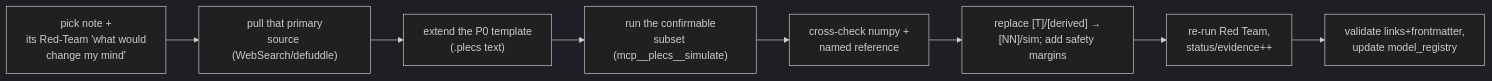
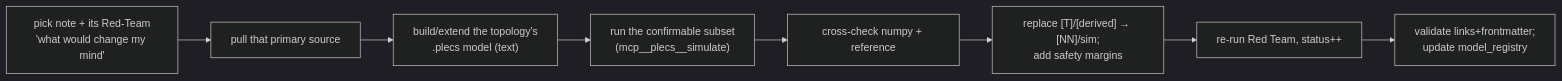
One commit to poetandsinger/SRTP_PowerElectronicsAI changed the first of 2 diagrams in srtp_docs/plans/depth-research-plan.md. Above: the diagram before and after it, drawn with Mermaid (dark theme). The commit also changed other lines of this file and 18 other files, not shown here.

````diff
--- a/srtp_docs/plans/depth-research-plan.md
+++ b/srtp_docs/plans/depth-research-plan.md
@@ -54,10 +70,10 @@
 ```mermaid
 flowchart LR
-    A["pick note +<br/>its Red-Team 'what would<br/>change my mind'"] --> B["pull that primary<br/>source (WebSearch/defuddle)"]
-    B --> C["extend the P0 template<br/>(.plecs text)"]
-    C --> D["run the confirmable<br/>subset (mcp__plecs__simulate)"]
-    D --> E["cross-check numpy +<br/>named reference"]
-    E --> F["replace [T]/[derived] →<br/>[NN]/sim; add safety margins"]
-    F --> G["re-run Red Team,<br/>status/evidence++"]
-    G --> H["validate links+frontmatter,<br/>update model_registry"]
+    A["pick note + its Red-Team<br/>'what would change my mind'"] --> B["pull that primary source"]
+    B --> C["build/extend the topology's<br/>.plecs model (text)"]
+    C --> D["run the confirmable subset<br/>(mcp__plecs__simulate)"]
+    D --> E["cross-check numpy + reference"]
+    E --> F["replace [T]/[derived] → [NN]/sim;<br/>add safety margins"]
+    F --> G["re-run Red Team, status++"]
+    G --> H["validate links+frontmatter;<br/>update model_registry"]
 ```
````
